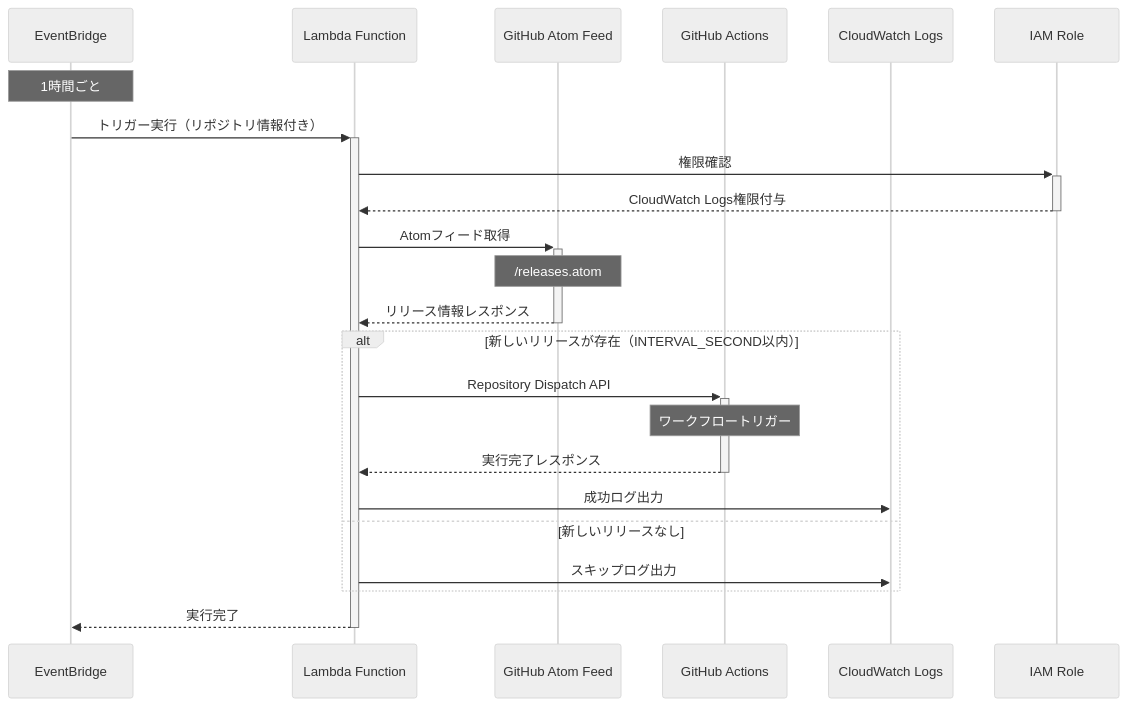
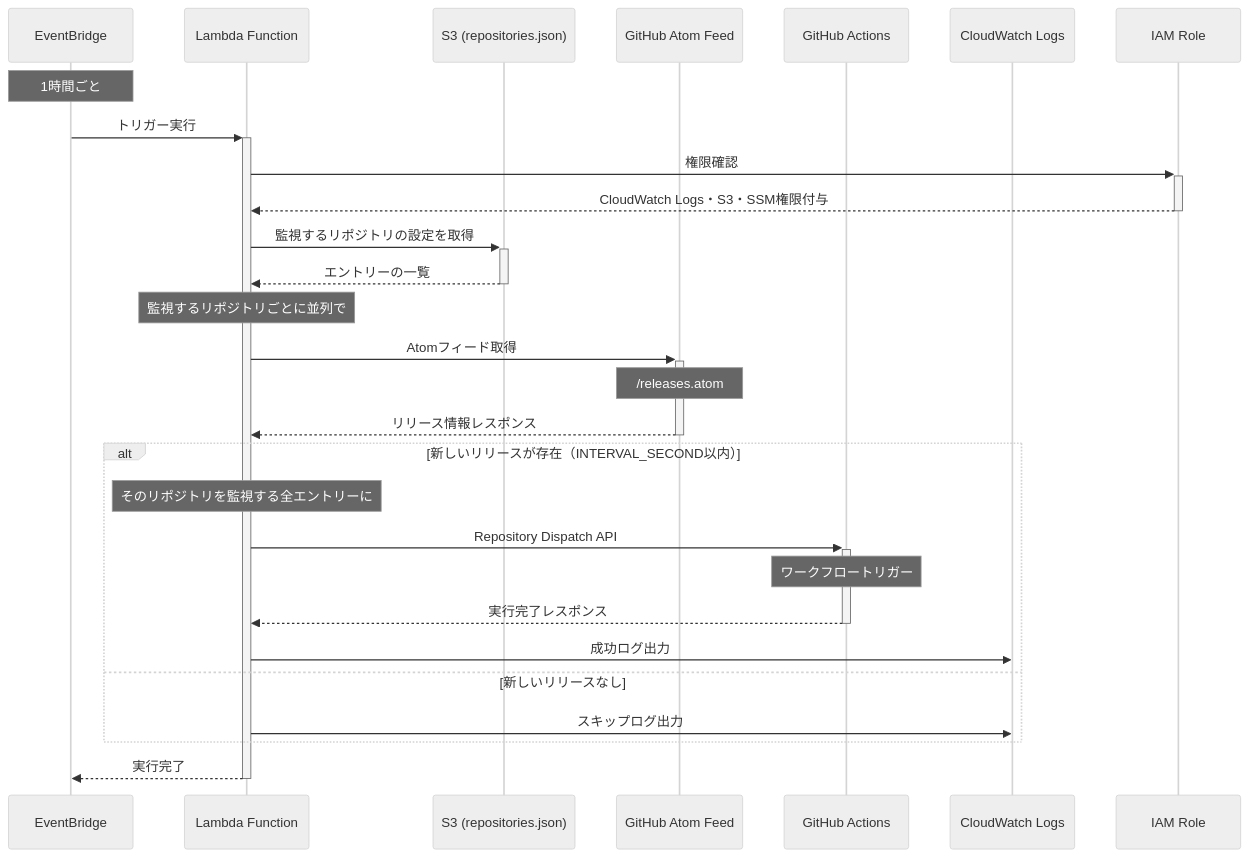
One commit to zaki3mymy/feed-release-invoke-workflow changed the diagram in terraform/modules/feed-release/README.md. Above: the diagram before and after it, drawn with Mermaid (neutral theme). The commit also changed other lines of this file and 13 other files, not shown here.

````diff
--- a/terraform/modules/feed-release/README.md
+++ b/terraform/modules/feed-release/README.md
@@ -61,30 +45,36 @@
 ```mermaid
 sequenceDiagram
     participant EB as EventBridge
     participant LF as Lambda Function
+    participant S3 as S3 (repositories.json)
     participant GH as GitHub Atom Feed
     participant GA as GitHub Actions
     participant CW as CloudWatch Logs
     participant IAM as IAM Role
 
     Note over EB: 1時間ごと
-    EB->>+LF: トリガー実行（リポジトリ情報付き）
+    EB->>+LF: トリガー実行
 
     LF->>+IAM: 権限確認
-    IAM-->>-LF: CloudWatch Logs権限付与
+    IAM-->>-LF: CloudWatch Logs・S3・SSM権限付与
 
+    LF->>+S3: 監視するリポジトリの設定を取得
+    S3-->>-LF: エントリーの一覧
+
+    Note over LF: 監視するリポジトリごとに並列で
     LF->>+GH: Atomフィード取得
     Note over GH: /releases.atom
     GH-->>-LF: リリース情報レスポンス
 
     alt 新しいリリースが存在（INTERVAL_SECOND以内）
+        Note over LF: そのリポジトリを監視する全エントリーに
         LF->>+GA: Repository Dispatch API
         Note over GA: ワークフロートリガー
         GA-->>-LF: 実行完了レスポンス
         LF->>CW: 成功ログ出力
     else 新しいリリースなし
         LF->>CW: スキップログ出力
     end
 
     LF-->>-EB: 実行完了
 ```
````
